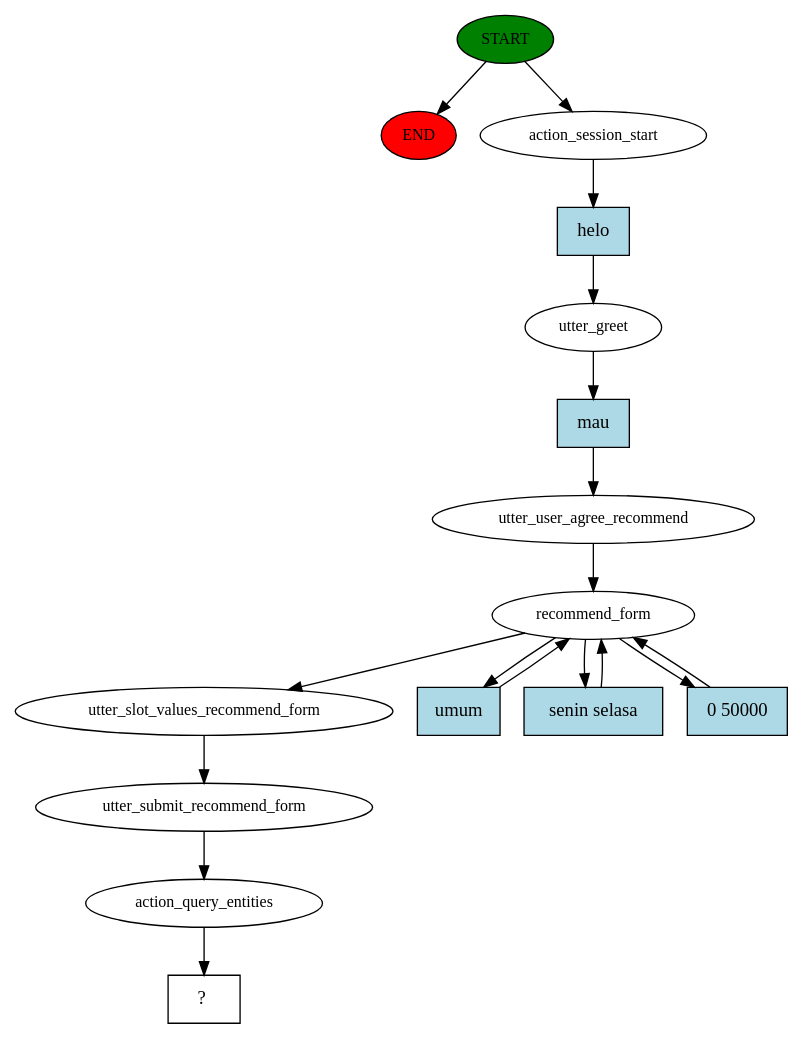
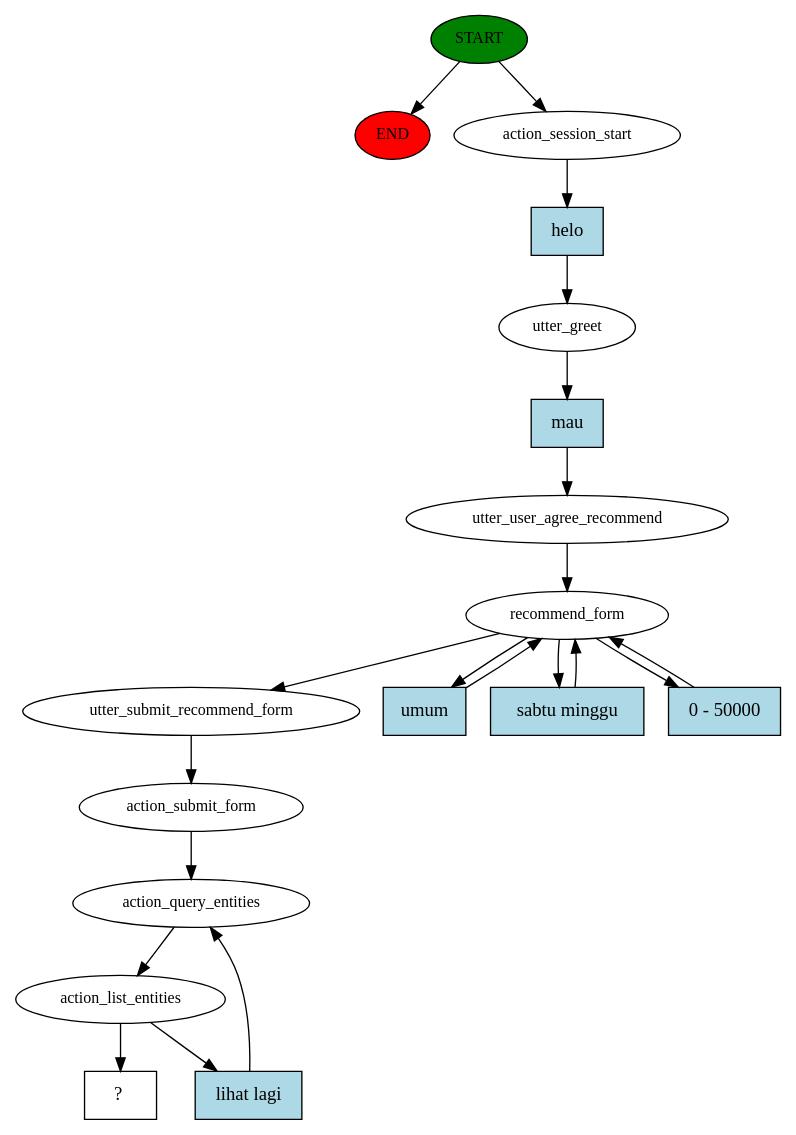
One commit to reykim7124/chatbot_recsys_museum changed the diagram in story_graph.dot. Above: the diagram before and after it, drawn with Graphviz. The commit also changed 12 other files, not shown here.

```diff
--- a/story_graph.dot
+++ b/story_graph.dot
@@ -1,34 +1,39 @@
 digraph  {
 0 [class="start active", fillcolor=green, fontsize=12, label=START, style=filled];
 "-1" [class=end, fillcolor=red, fontsize=12, label=END, style=filled];
 1 [class=active, fontsize=12, label=action_session_start];
 2 [class=active, fontsize=12, label=utter_greet];
 3 [class=active, fontsize=12, label=utter_user_agree_recommend];
 4 [class=active, fontsize=12, label=recommend_form];
-8 [class=active, fontsize=12, label=utter_slot_values_recommend_form];
-9 [class=active, fontsize=12, label=utter_submit_recommend_form];
+8 [class=active, fontsize=12, label=utter_submit_recommend_form];
+9 [class=active, fontsize=12, label=action_submit_form];
 10 [class=active, fontsize=12, label=action_query_entities];
-11 [class="intent dashed active", label="  ?  ", shape=rect];
-12 [class="intent active", fillcolor=lightblue, label=helo, shape=rect, style=filled];
-13 [class="intent active", fillcolor=lightblue, label=mau, shape=rect, style=filled];
-14 [class="intent active", fillcolor=lightblue, label=umum, shape=rect, style=filled];
-15 [class="intent active", fillcolor=lightblue, label="senin selasa", shape=rect, style=filled];
-16 [class="intent active", fillcolor=lightblue, label="0 50000", shape=rect, style=filled];
+11 [class=active, fontsize=12, label=action_list_entities];
+14 [class="intent dashed active", label="  ?  ", shape=rect];
+15 [class="intent active", fillcolor=lightblue, label=helo, shape=rect, style=filled];
+16 [class="intent active", fillcolor=lightblue, label=mau, shape=rect, style=filled];
+17 [class="intent active", fillcolor=lightblue, label=umum, shape=rect, style=filled];
+18 [class="intent active", fillcolor=lightblue, label="sabtu minggu", shape=rect, style=filled];
+19 [class="intent active", fillcolor=lightblue, label="0 - 50000", shape=rect, style=filled];
+20 [class="intent active", fillcolor=lightblue, label="lihat lagi", shape=rect, style=filled];
 0 -> "-1"  [class="", key=NONE, label=""];
 0 -> 1  [class=active, key=NONE, label=""];
-1 -> 12  [class=active, key=0];
-2 -> 13  [class=active, key=0];
+1 -> 15  [class=active, key=0];
+2 -> 16  [class=active, key=0];
 3 -> 4  [class=active, key=NONE, label=""];
 4 -> 8  [class=active, key=NONE, label=""];
-4 -> 14  [class=active, key=0];
-4 -> 15  [class=active, key=0];
-4 -> 16  [class=active, key=0];
+4 -> 17  [class=active, key=0];
+4 -> 18  [class=active, key=0];
+4 -> 19  [class=active, key=0];
 8 -> 9  [class=active, key=NONE, label=""];
 9 -> 10  [class=active, key=NONE, label=""];
 10 -> 11  [class=active, key=NONE, label=""];
-12 -> 2  [class=active, key=0];
-13 -> 3  [class=active, key=0];
-14 -> 4  [class=active, key=0];
-15 -> 4  [class=active, key=0];
-16 -> 4  [class=active, key=0];
+11 -> 14  [class=active, key=NONE, label=""];
+11 -> 20  [class=active, key=0];
+15 -> 2  [class=active, key=0];
+16 -> 3  [class=active, key=0];
+17 -> 4  [class=active, key=0];
+18 -> 4  [class=active, key=0];
+19 -> 4  [class=active, key=0];
+20 -> 10  [class=active, key=0];
 }
```
